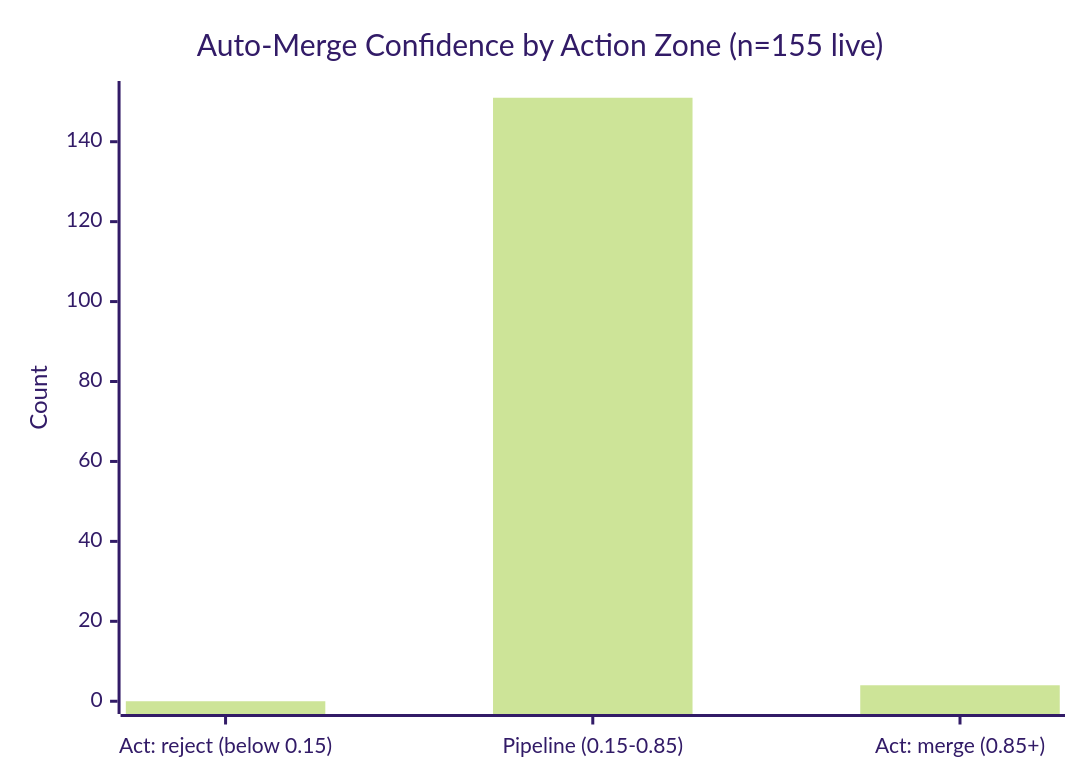
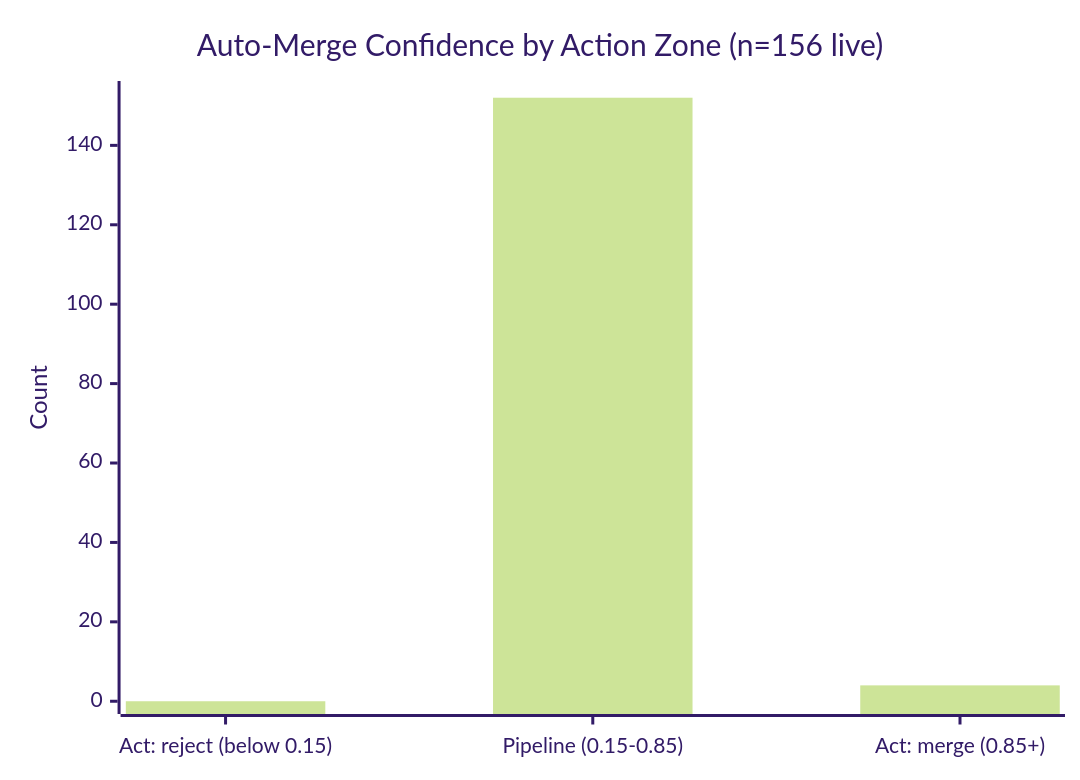
Before and after one commit to Sanctum-Origo-Systems/patina: the second of 4 diagrams in JEV.md, drawn with Mermaid (forest theme). The commit also changed other lines of this file, not shown here.

````diff
--- a/JEV.md
+++ b/JEV.md
@@ -17,7 +17,7 @@
 ```mermaid
 xychart-beta
-    title "Auto-Merge Confidence by Action Zone (n=155 live)"
+    title "Auto-Merge Confidence by Action Zone (n=156 live)"
     x-axis ["Act: reject (below 0.15)", "Pipeline (0.15-0.85)", "Act: merge (0.85+)"]
-    y-axis "Count" 0 --> 152
-    bar [0, 151, 4]
+    y-axis "Count" 0 --> 153
+    bar [0, 152, 4]
 ```
````
